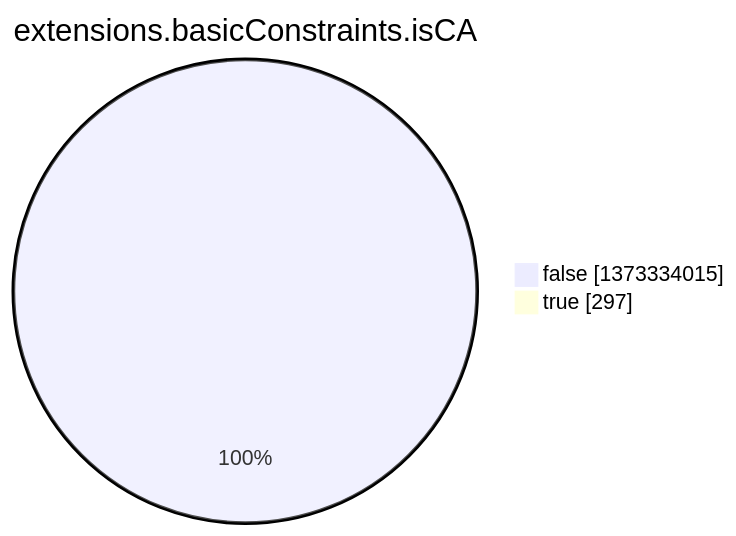
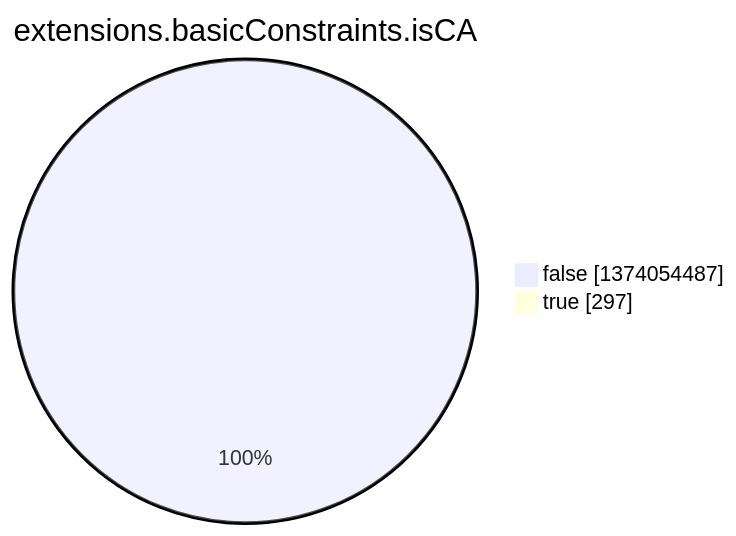
One commit to christiankrug/ctmonitor_visualization changed the eighth of 15 diagrams in argon2022/README.md. Above: the diagram before and after it, drawn with Mermaid. The commit also changed other lines of this file, not shown here.

````diff
--- a/argon2022/README.md
+++ b/argon2022/README.md
@@ -2759,6 +2759,6 @@
 ```mermaid
 pie showData
 title extensions.basicConstraints.isCA
-"false" :1373334015
+"false" :1374054487
 "true" :297
 ```
````
